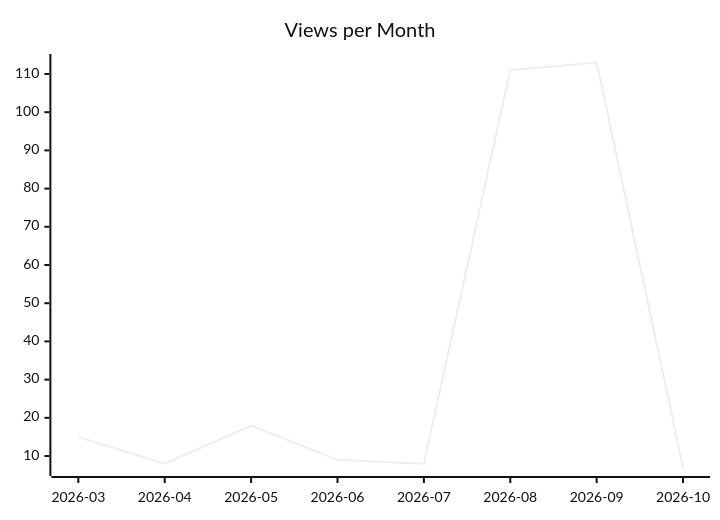
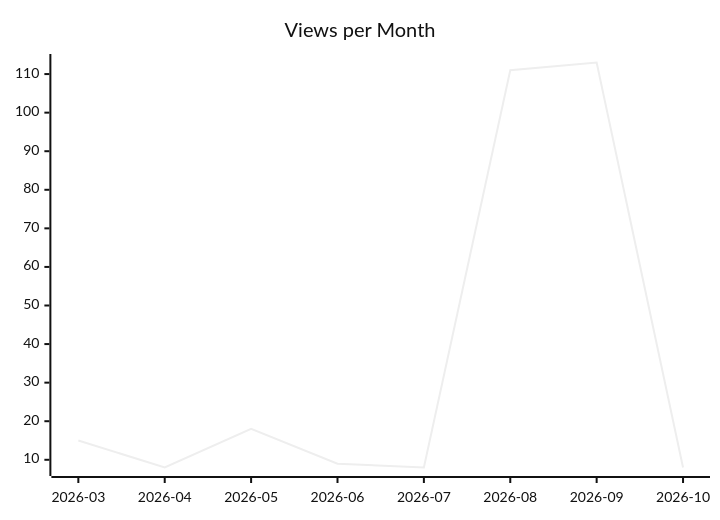
One commit to justdavis-family/github-analytics-data changed the second of 3 diagrams in karlmdavis/xmlpull/README.md. Above: the diagram before and after it, drawn with Mermaid (neutral theme). The commit also changed other lines of this file and 200 other files, not shown here.

````diff
--- a/karlmdavis/xmlpull/README.md
+++ b/karlmdavis/xmlpull/README.md
@@ -12,6 +12,6 @@
 ```mermaid
 xychart-beta
   title "Views per Month"
   x-axis ["2026-03", "2026-04", "2026-05", "2026-06", "2026-07", "2026-08", "2026-09", "2026-10"]
-  line [15, 8, 18, 9, 8, 111, 113, 7]
+  line [15, 8, 18, 9, 8, 111, 113, 8]
 ```
````
